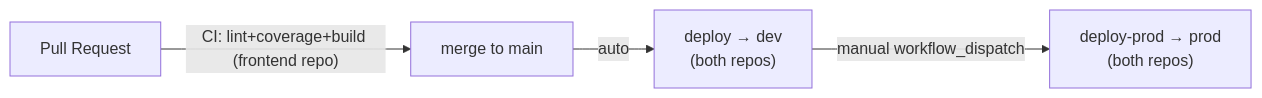
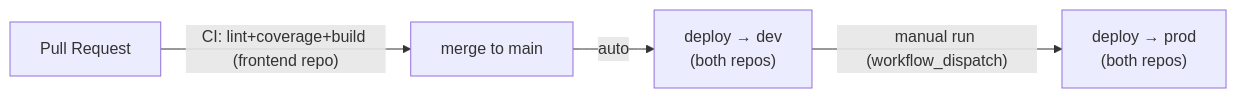
One commit to budhap-dev/TeachingTracker changed the seventh of 7 diagrams in docs/design/TDD.md. Above: the diagram before and after it, drawn with Mermaid. The commit also changed other lines of this file and 3 other files, not shown here.

First line of the commit message:
Docs: prod is a manual run of deploy.yml, not deploy-prod.yml

````diff
--- a/docs/design/TDD.md
+++ b/docs/design/TDD.md
@@ -275,6 +275,6 @@
 ```mermaid
 graph LR
     PR[Pull Request] -->|"CI: lint+coverage+build (frontend repo)"| M[merge to main]
     M -->|auto| DEV["deploy → dev<br/>(both repos)"]
-    DEV -->|"manual workflow_dispatch"| PROD["deploy-prod → prod<br/>(both repos)"]
+    DEV -->|"manual run (workflow_dispatch)"| PROD["deploy → prod<br/>(both repos)"]
 ```
````
